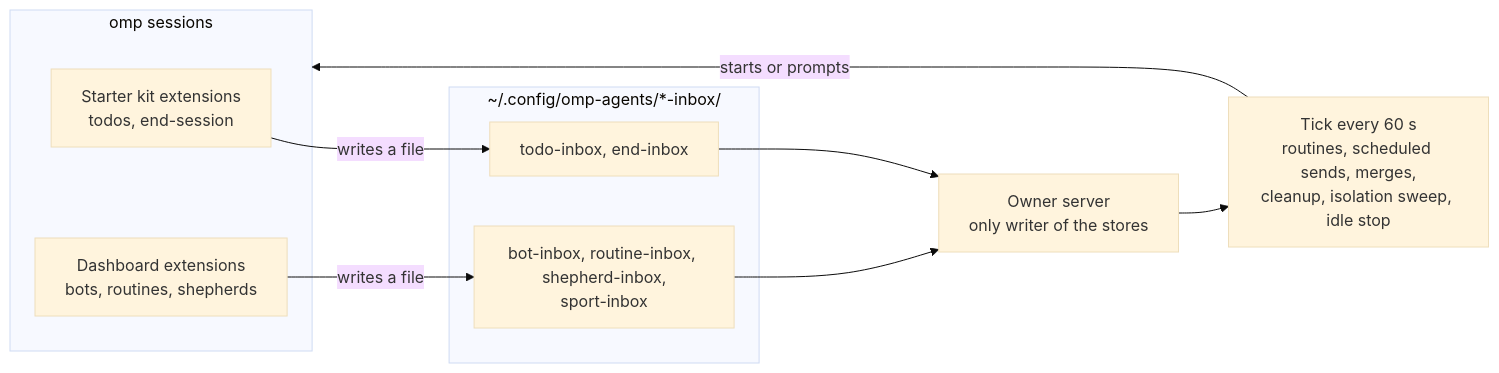
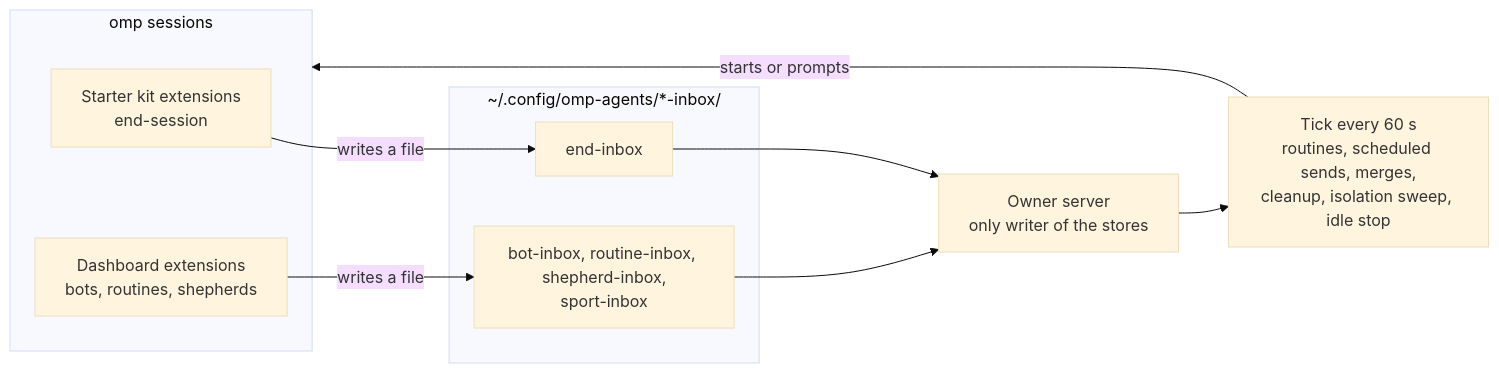
One commit to MaisonnatM/omp-agents changed the fourth of 5 diagrams in docs/architecture/harness-map.md. Above: the diagram before and after it, drawn with Mermaid (base theme). The commit also changed 199 other files, not shown here.

````diff
--- a/docs/architecture/harness-map.md
+++ b/docs/architecture/harness-map.md
@@ -72,17 +72,17 @@
 ```mermaid
 flowchart LR
   subgraph sessions["omp sessions"]
-    kit["Starter kit extensions<br/>todos, end-session"]
+    kit["Starter kit extensions<br/>end-session"]
     dashx["Dashboard extensions<br/>bots, routines, shepherds"]
   end
   subgraph inboxes["~/.config/omp-agents/*-inbox/"]
-    i1["todo-inbox, end-inbox"]
+    i1["end-inbox"]
     i2["bot-inbox, routine-inbox, shepherd-inbox,<br/>sport-inbox"]
   end
   kit -->|writes a file| i1
   dashx -->|writes a file| i2
   i1 --> owner["Owner server<br/>only writer of the stores"]
   i2 --> owner
   owner --> tick["Tick every 60 s<br/>routines, scheduled sends, merges,<br/>cleanup, isolation sweep, idle stop"]
   tick -->|starts or prompts| sessions
 ```
````
